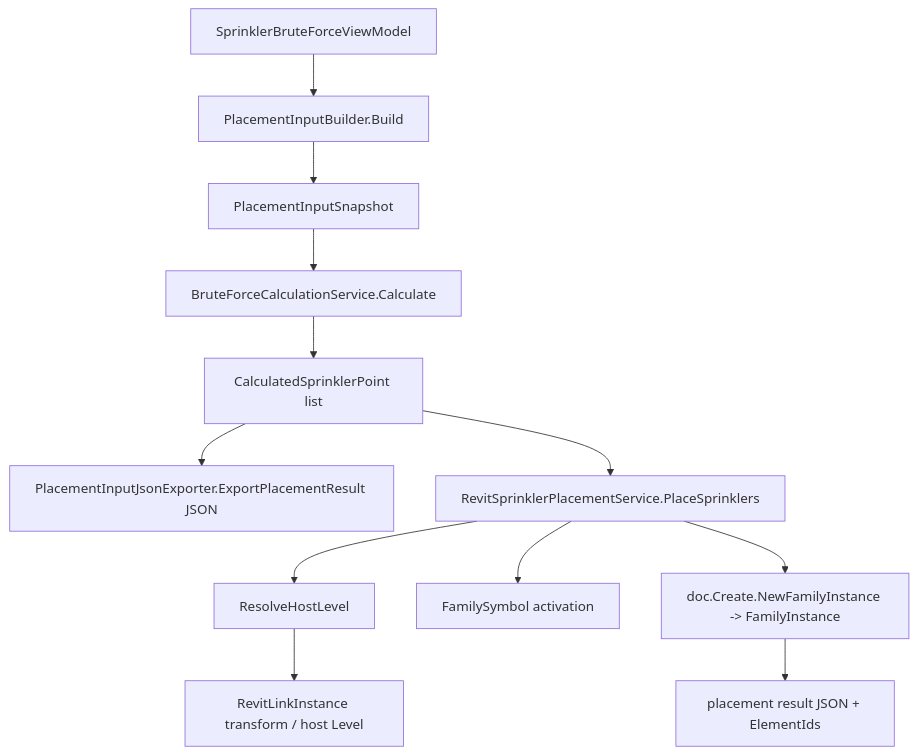
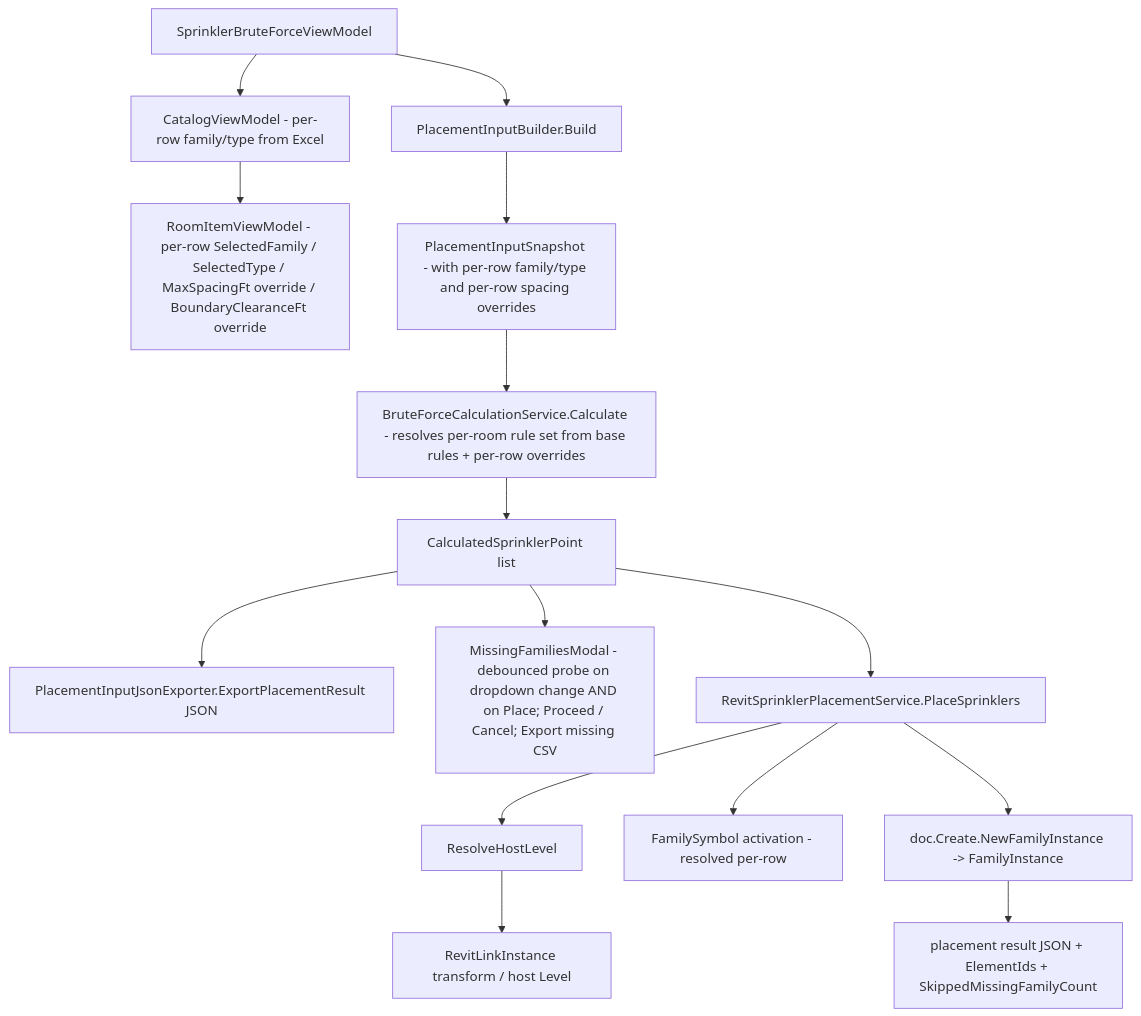
Before and after one commit to DarshLocalhost/Fire-Protection: the third of 3 diagrams in FireProtectionSystem/ARCHITECTURE.md, drawn with Mermaid. The commit also changed other lines of this file and 16 other files, not shown here.

````diff
--- a/FireProtectionSystem/ARCHITECTURE.md
+++ b/FireProtectionSystem/ARCHITECTURE.md
@@ -111,14 +119,17 @@
 ```mermaid
 flowchart TD
-    VM[SprinklerBruteForceViewModel] --> BLD[PlacementInputBuilder.Build]
-    BLD --> SNAP[PlacementInputSnapshot]
-    SNAP --> CALC[BruteForceCalculationService.Calculate]
+    VM[SprinklerBruteForceViewModel] --> CAT[CatalogViewModel - per-row family/type from Excel]
+    CAT --> ROW[RoomItemViewModel - per-row SelectedFamily / SelectedType / MaxSpacingFt override / BoundaryClearanceFt override]
+    VM --> BLD[PlacementInputBuilder.Build]
+    BLD --> SNAP[PlacementInputSnapshot - with per-row family/type and per-row spacing overrides]
+    SNAP --> CALC[BruteForceCalculationService.Calculate - resolves per-room rule set from base rules + per-row overrides]
     CALC --> PTS[CalculatedSprinklerPoint list]
     PTS --> EXP[PlacementInputJsonExporter.ExportPlacementResult JSON]
+    PTS --> MISS[MissingFamiliesModal - debounced probe on dropdown change AND on Place; Proceed / Cancel; Export missing CSV]
     PTS --> PLACE[RevitSprinklerPlacementService.PlaceSprinklers]
     PLACE --> RES[ResolveHostLevel]
     RES --> LNK[RevitLinkInstance transform / host Level]
-    PLACE --> FAM[FamilySymbol activation]
+    PLACE --> FAM[FamilySymbol activation - resolved per-row]
     PLACE --> FI[doc.Create.NewFamilyInstance -> FamilyInstance]
-    FI --> RES2[placement result JSON + ElementIds]
+    FI --> RES2[placement result JSON + ElementIds + SkippedMissingFamilyCount]
 ```
````
